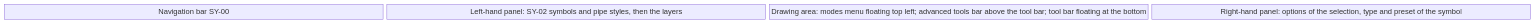
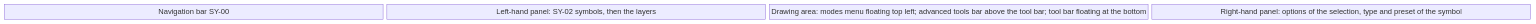
Before and after one commit to AlexandreGallais/synoptic-studio-spec: the fourth of 14 diagrams in screens/symbols.md, drawn with Mermaid. The commit also changed other lines of this file and 14 other files, not shown here.

First line of the commit message:
docs(spec): move symbol lib pages to the bar and fix faceplate write modes

````diff
--- a/screens/symbols.md
+++ b/screens/symbols.md
@@ -114,6 +110,6 @@
 ```mermaid
 block-beta
     columns 4
     rail["Navigation bar SY-00"]
-    left["Left-hand panel: SY-02 symbols and pipe styles, then the layers"] canvas["Drawing area: modes menu floating top left; advanced tools bar above the tool bar; tool bar floating at the bottom"] panel["Right-hand panel: options of the selection, type and preset of the symbol"]
+    left["Left-hand panel: SY-02 symbols, then the layers"] canvas["Drawing area: modes menu floating top left; advanced tools bar above the tool bar; tool bar floating at the bottom"] panel["Right-hand panel: options of the selection, type and preset of the symbol"]
 ```
````
